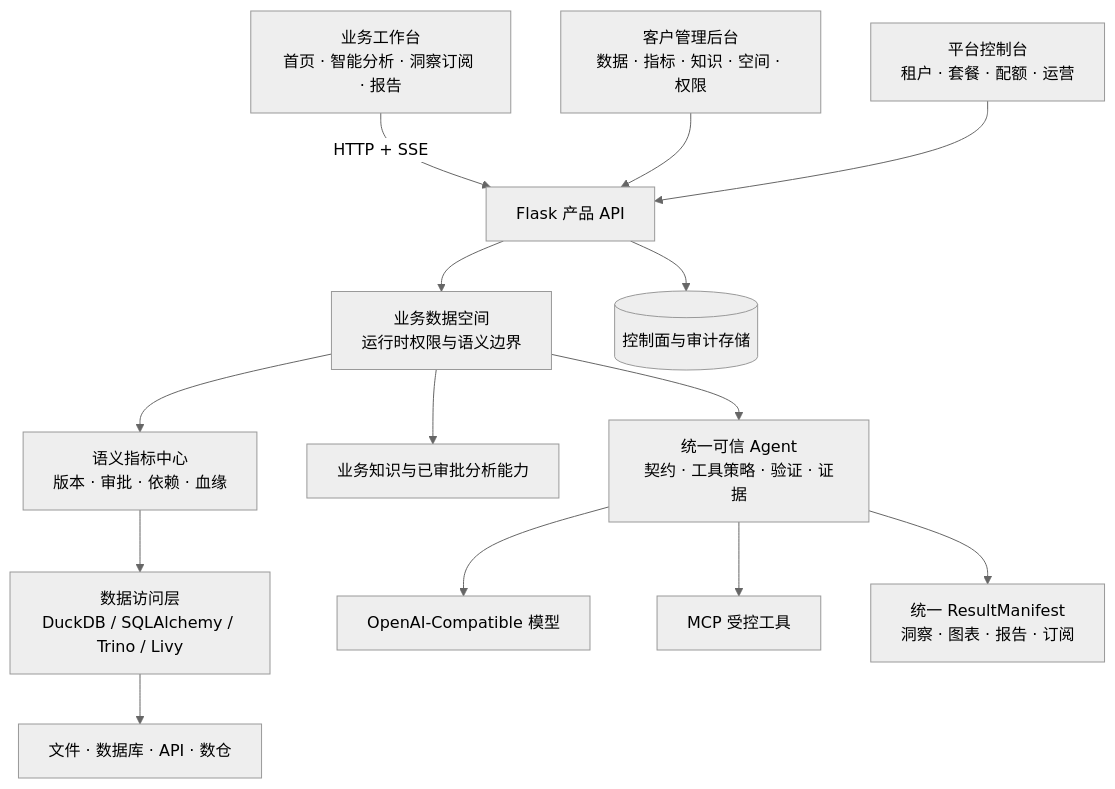
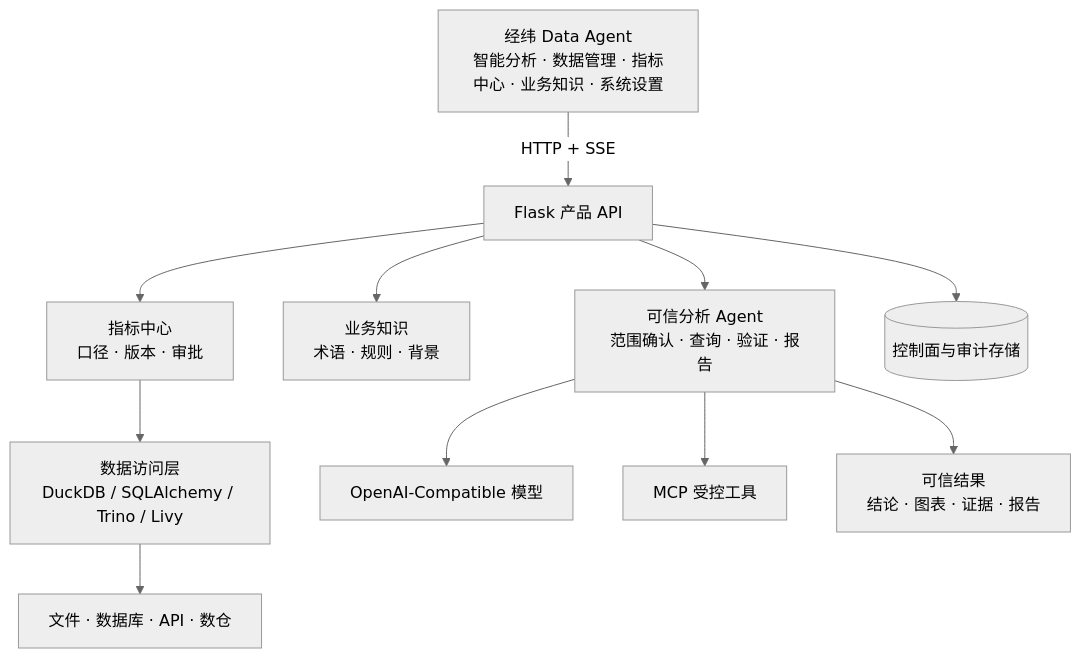
One commit to fuyuxiang/data-agent changed the diagram in README.md. Above: the diagram before and after it, drawn with Mermaid (neutral theme). The commit also changed other lines of this file and 44 other files, not shown here.

Commit message:
Refine DataAgent scope and analysis reliability

````diff
--- a/README.md
+++ b/README.md
@@ -109,20 +105,14 @@
 ```mermaid
 flowchart TB
-    BIZ["业务工作台<br/>首页 · 智能分析 · 洞察订阅 · 报告"]
-    ADMIN["客户管理后台<br/>数据 · 指标 · 知识 · 空间 · 权限"]
-    VENDOR["平台控制台<br/>租户 · 套餐 · 配额 · 运营"]
-    BIZ -->|HTTP + SSE| API["Flask 产品 API"]
-    ADMIN --> API
-    VENDOR --> API
-
-    API --> SPACE["业务数据空间<br/>运行时权限与语义边界"]
-    SPACE --> SEMANTIC["语义指标中心<br/>版本 · 审批 · 依赖 · 血缘"]
-    SPACE --> KNOWLEDGE["业务知识与已审批分析能力"]
-    SPACE --> AGENT["统一可信 Agent<br/>契约 · 工具策略 · 验证 · 证据"]
+    UI["经纬 Data Agent<br/>智能分析 · 数据管理 · 指标中心 · 业务知识 · 系统设置"]
+    UI -->|HTTP + SSE| API["Flask 产品 API"]
+    API --> SEMANTIC["指标中心<br/>口径 · 版本 · 审批"]
+    API --> KNOWLEDGE["业务知识<br/>术语 · 规则 · 背景"]
+    API --> AGENT["可信分析 Agent<br/>范围确认 · 查询 · 验证 · 报告"]
     AGENT --> MODEL["OpenAI-Compatible 模型"]
     AGENT --> MCP["MCP 受控工具"]
     SEMANTIC --> DATA["数据访问层<br/>DuckDB / SQLAlchemy / Trino / Livy"]
     DATA --> SOURCES["文件 · 数据库 · API · 数仓"]
-    AGENT --> RESULT["统一 ResultManifest<br/>洞察 · 图表 · 报告 · 订阅"]
+    AGENT --> RESULT["可信结果<br/>结论 · 图表 · 证据 · 报告"]
     API --> CONTROL[("控制面与审计存储")]
 ```
````
